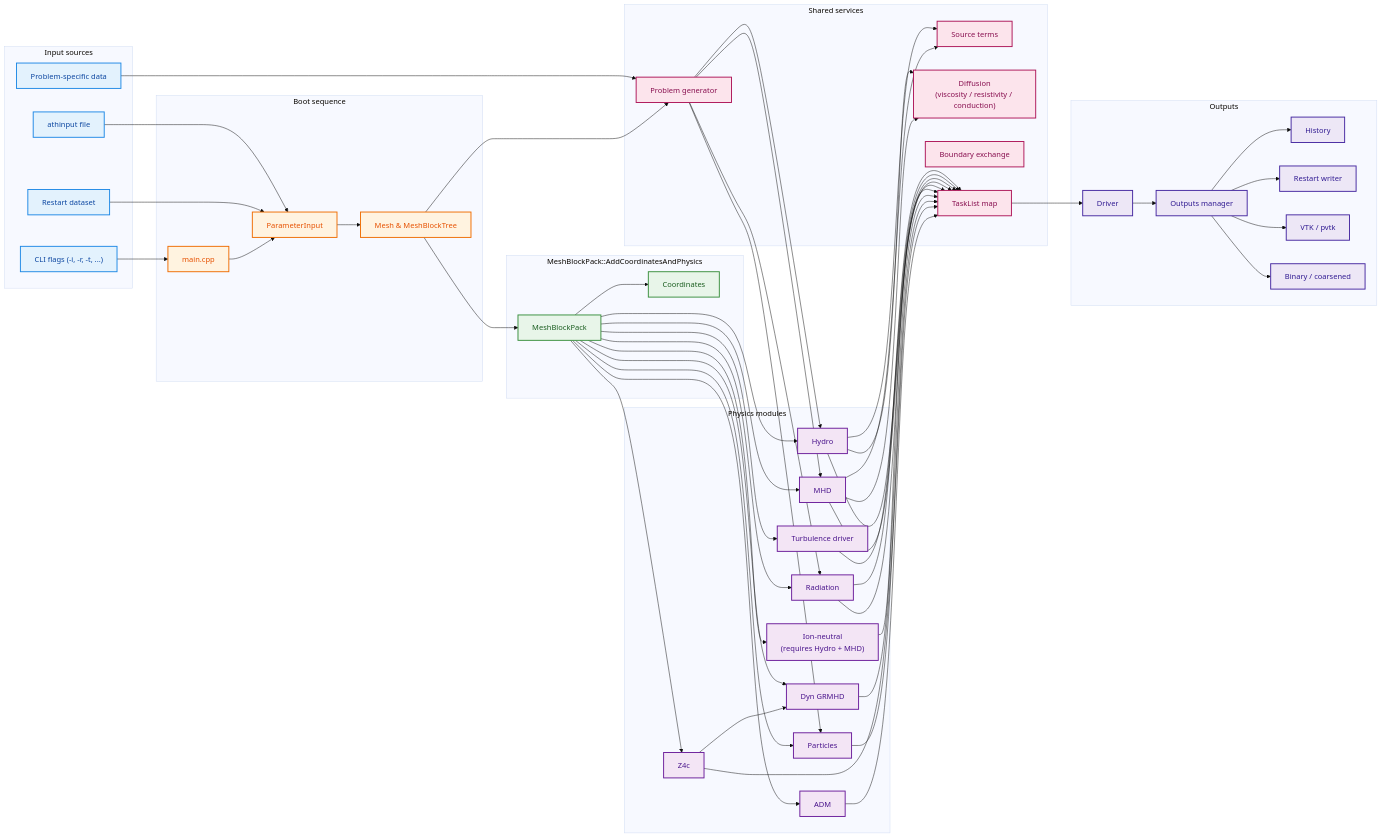
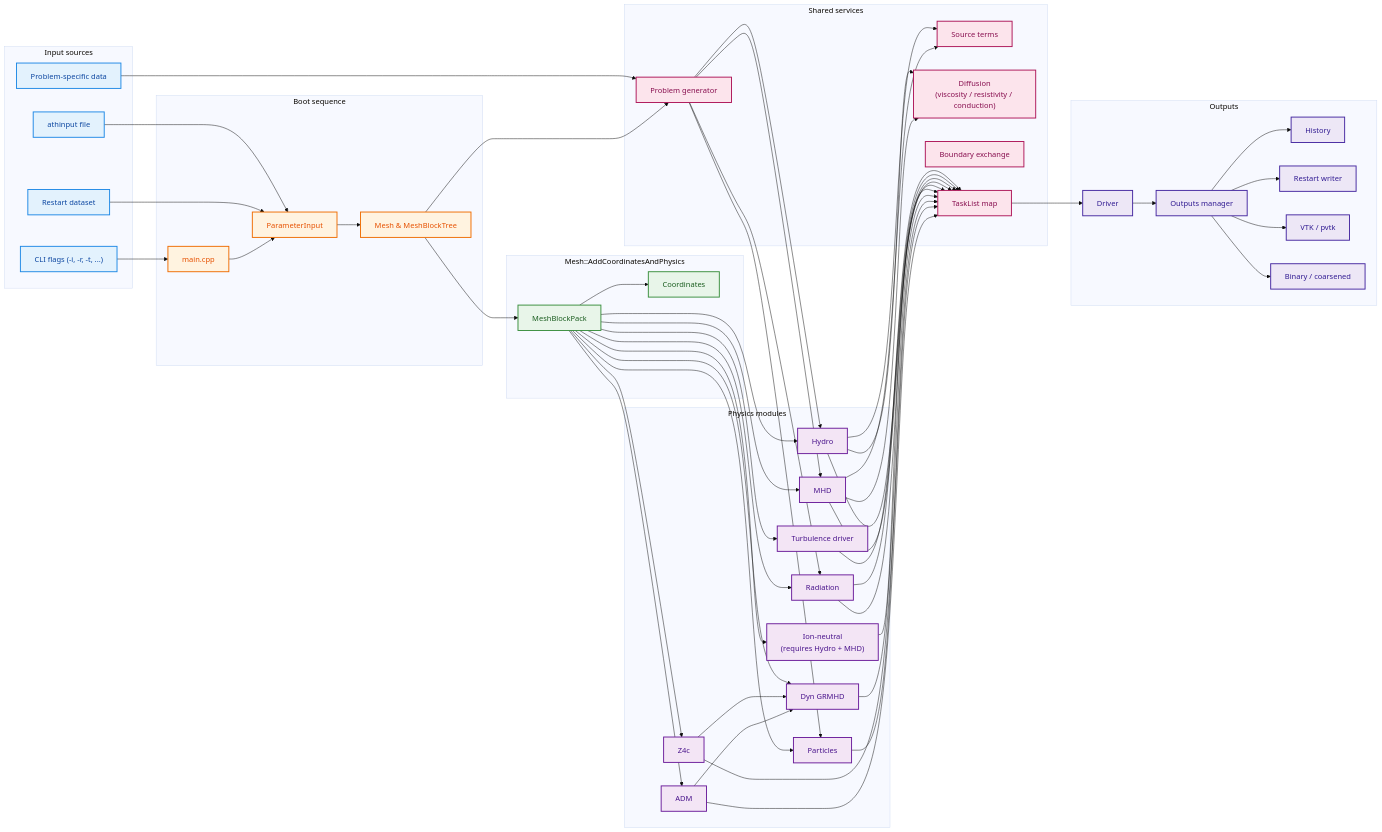
Before and after one commit to dfielding14/athenak: the first of 3 diagrams in docs/source/flowcharts/system_architecture.md, drawn with Mermaid (base theme). The commit also changed other lines of this file and 56 other files, not shown here.

```diff
--- a/docs/source/flowcharts/system_architecture.md
+++ b/docs/source/flowcharts/system_architecture.md
@@ -28,7 +28,7 @@
     end
     class MAIN,PARAMS,MESH boot
 
-    subgraph PACKLAYER["MeshBlockPack::AddCoordinatesAndPhysics"]
+    subgraph PACKLAYER["Mesh::AddCoordinatesAndPhysics"]
         COORDS["Coordinates"]
         PACK["MeshBlockPack"]
     end
@@ -93,6 +93,7 @@
     RAD --> TASKS
     TURB --> TASKS
     Z4C --> GRMHD
+    ADM --> GRMHD
 
     MESH --> PGEN
     PGEN --> HYDRO
```
